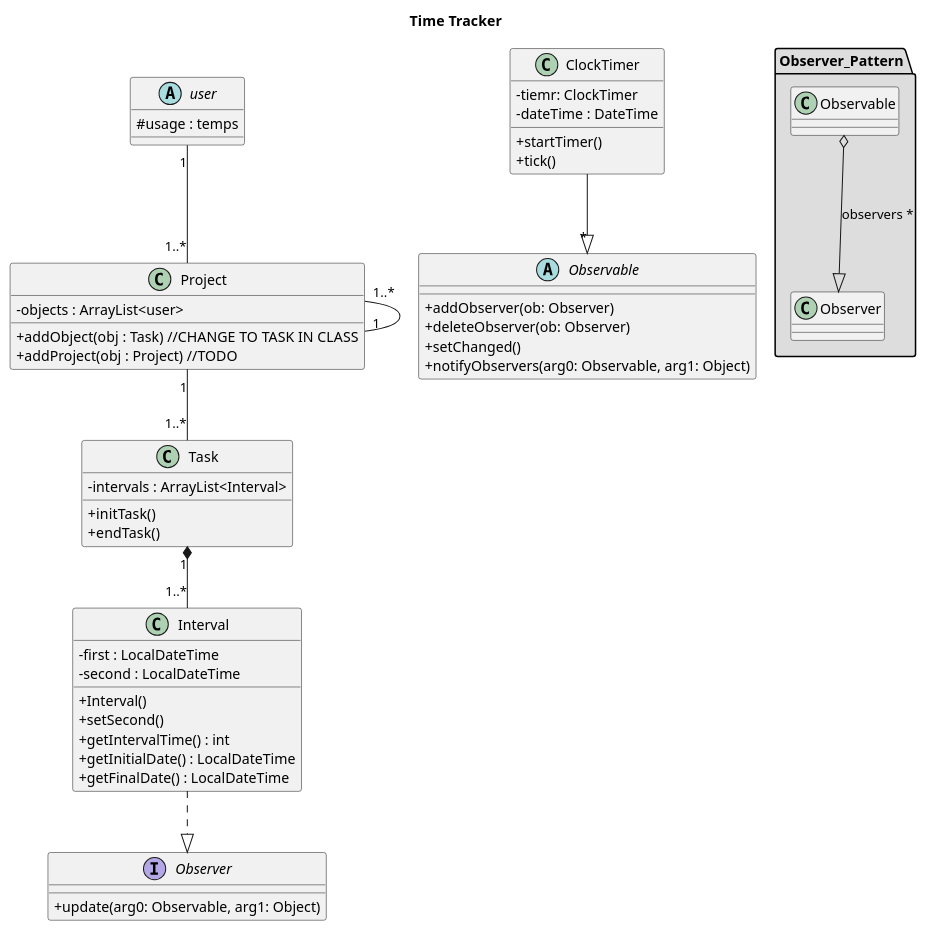
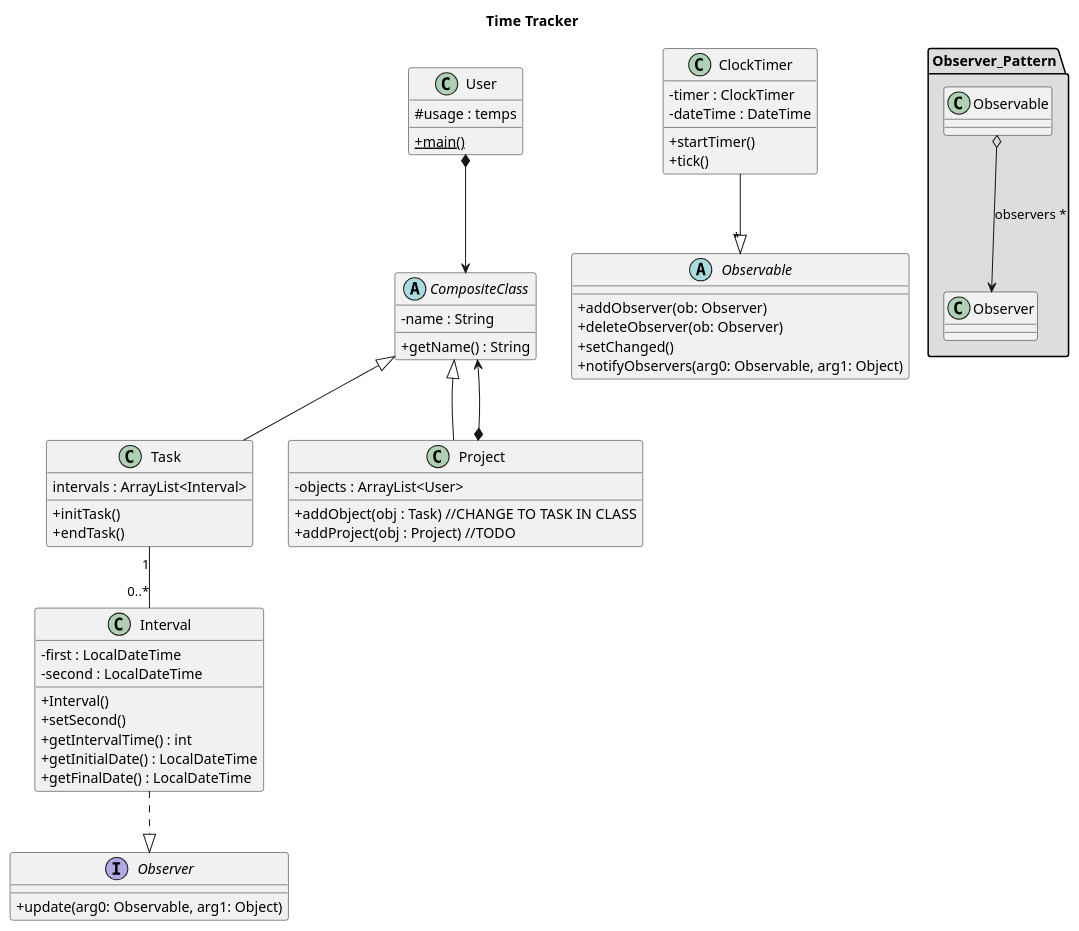
One commit to joaquimcodina/TimeTracker changed the diagram in diagram/classDiagramV2.puml. Above: the diagram before and after it, drawn with PlantUML. The commit also changed 1 other file, not shown here.

Commit message:
Class Diagram V3

```diff
--- a/diagram/classDiagramV2.puml
+++ b/diagram/classDiagramV2.puml
@@ -1,66 +1,70 @@
 @startuml
 skinparam classAttributeIconSize 0
 
 title "Time Tracker"
 
-abstract class user {
+class User {
 # usage : temps
++{static} main()
 }
 
-class Task{
-- intervals : ArrayList<Interval>
+class Task extends CompositeClass{
+ intervals : ArrayList<Interval>
 
 + initTask()
 + endTask()
 }
 
-class Project {
-- objects : ArrayList<user>
-
+class Project extends CompositeClass {
+- objects : ArrayList<User>
 + addObject(obj : Task) //CHANGE TO TASK IN CLASS
 + addProject(obj : Project) //TODO
 }
 
 package "Observer_Pattern" #DDDDDD{
-    Observable o--|> Observer : observers *
+    Observable o--> Observer : observers *
 }
 
 abstract class Observable{
 + addObserver(ob: Observer)
 + deleteObserver(ob: Observer)
 +setChanged()
 +notifyObservers(arg0: Observable, arg1: Object)
 }
 
 interface Observer{
 +update(arg0: Observable, arg1: Object)
 }
 
 class ClockTimer{
-- tiemr: ClockTimer
+- timer : ClockTimer
 - dateTime : DateTime
 + startTimer()
 + tick()
+}
+
+abstract class CompositeClass{
+- name : String
++ getName() : String
 }
 
 class Interval {
 - first : LocalDateTime
 - second : LocalDateTime
 
 + Interval()
 + setSecond()
 + getIntervalTime() : int
 + getInitialDate() : LocalDateTime
 + getFinalDate() : LocalDateTime
 }
 
 
-Task "1..*"-up-"1" Project
-Project "1..*"-up-"1" user
-Project "1"-left-"1..*" Project
-Task "1"*--"1..*" Interval
+User *--> CompositeClass
+'Project "1"-left-"0..*" Project
+CompositeClass <--* Project
+Task "1"--"0..*" Interval
 ClockTimer --|> "*" Observable
 Interval ..|> Observer
 
-
 @enduml
```
